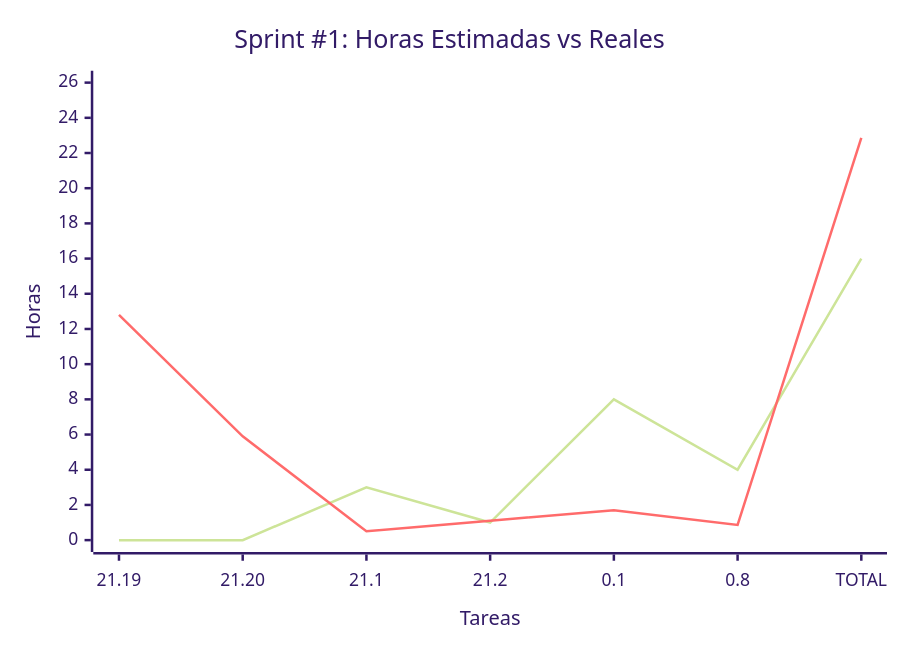
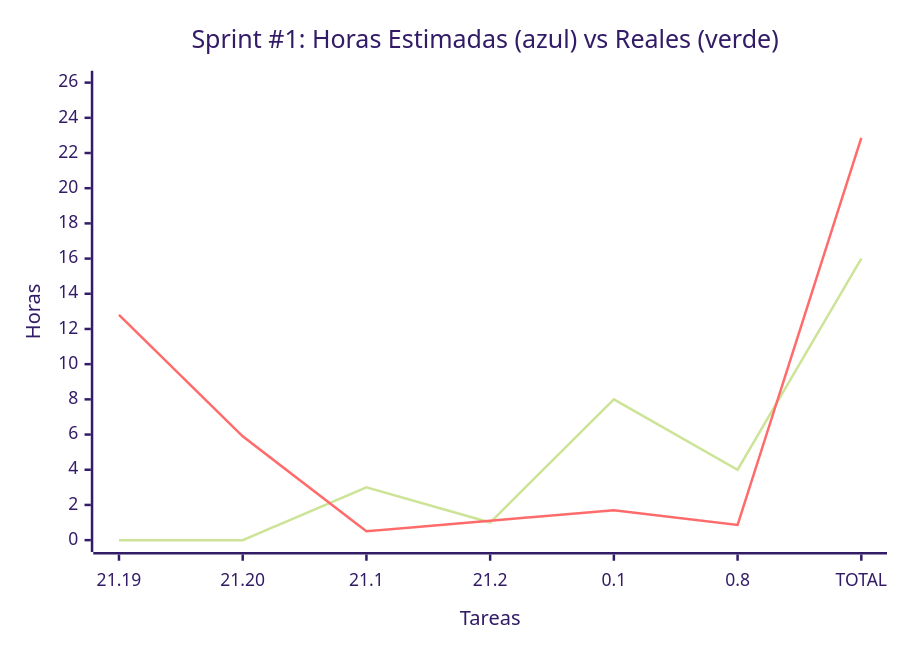
The first of 2 diagrams in docs/SprintsPlanning.md (MarkMed/FleetMan), drawn with Mermaid (forest theme) before and after one commit. The commit also changed other lines of this file, not shown here.

Commit message:
fix: Update sprint planning documentation with corrected estimated and actual hours

````diff
--- a/docs/SprintsPlanning.md
+++ b/docs/SprintsPlanning.md
@@ -49,12 +49,12 @@
 ```mermaid
 xychart-beta
-    title "Sprint #1: Horas Estimadas vs Reales"
+    title "Sprint #1: Horas Estimadas #40;azul#41; vs Reales #40;verde#41;"
     x-axis "Tareas" ["21.19", "21.20", "21.1", "21.2", "0.1", "0.8", "TOTAL"]
     y-axis "Horas" 0 --> 26
 	
 	%% Black line
     line [0, 0, 3, 1, 8, 4, 16]
 
 	%% Green line
     line [12.8, 5.9, 0.5, 1.1, 1.7, 0.86, 22.86]
 ```
````
